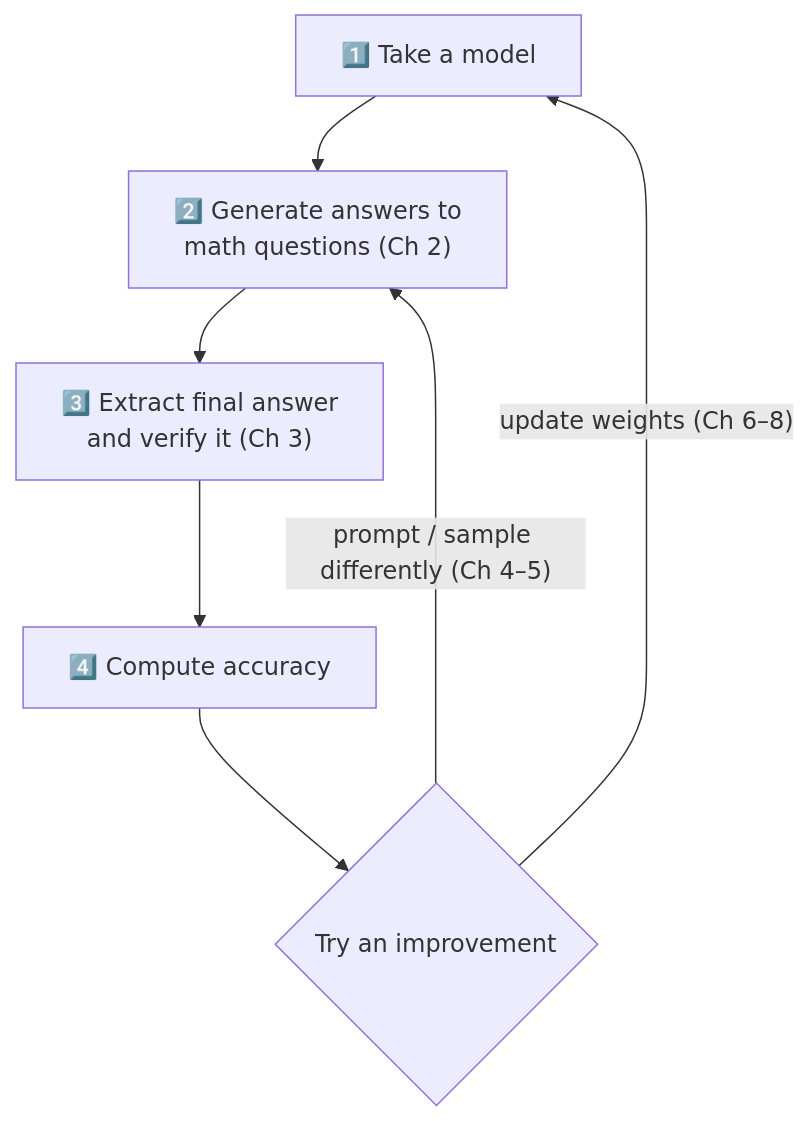
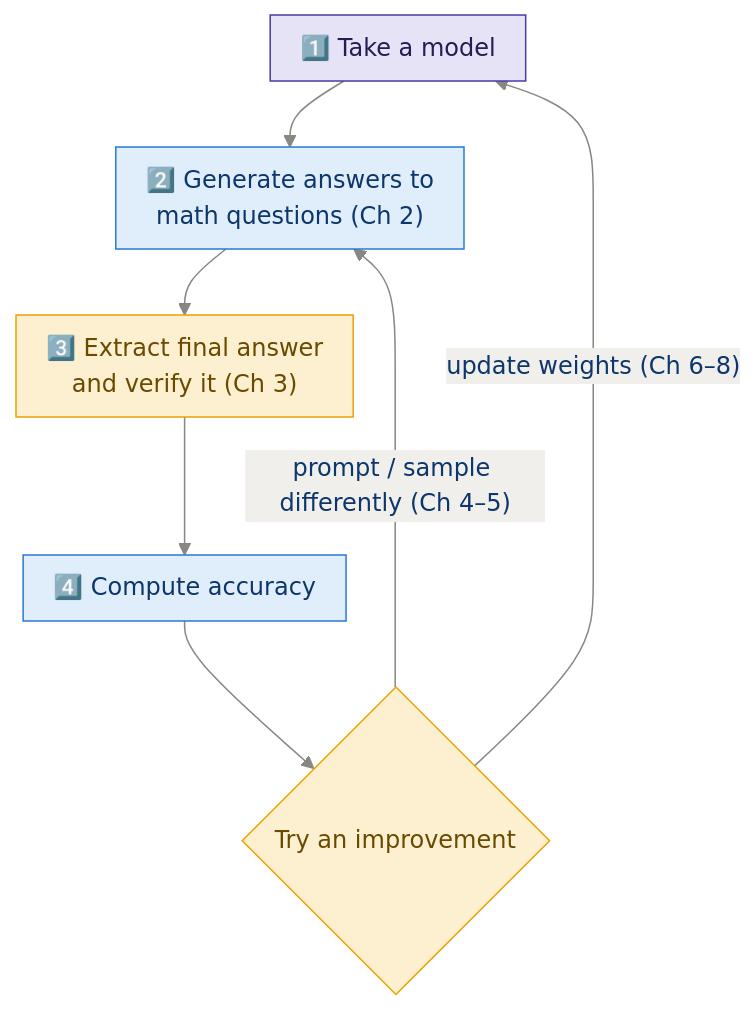
One commit to sudhanshu-shivam-dev/reasoning_model_from_scratch changed the third of 3 diagrams in study_guide/00_big_picture.md. Above: the diagram before and after it, drawn with Mermaid. The commit also changed other lines of this file and 14 other files, not shown here.

First line of the commit message:
Restyle all 54 diagrams: consistent palette, semantic colors, better spacing

````diff
--- a/study_guide/00_big_picture.md
+++ b/study_guide/00_big_picture.md
@@ -86,9 +94,14 @@
 ```mermaid
+%%{init: {"theme":"base","themeVariables":{"primaryColor":"#e0edfb","primaryTextColor":"#0d366b","primaryBorderColor":"#2a78d6","lineColor":"#898781","textColor":"#52514e","edgeLabelBackground":"#f0efec","clusterBkg":"rgba(137,135,129,0.07)","clusterBorder":"#a9a7a0","titleColor":"#898781"},"flowchart":{"nodeSpacing":36,"rankSpacing":44,"curve":"basis","padding":10}}}%%
 flowchart TB
     A["1️⃣ Take a model"] --> B["2️⃣ Generate answers to<br/>math questions (Ch 2)"]
     B --> C["3️⃣ Extract final answer<br/>and verify it (Ch 3)"]
     C --> D["4️⃣ Compute accuracy"]
     D --> E{"Try an improvement"}
     E -->|"prompt / sample differently (Ch 4–5)"| B
     E -->|"update weights (Ch 6–8)"| A
+    classDef model fill:#e6e3f7,stroke:#4a3aa7,color:#251d54
+    classDef dec fill:#fdf0d1,stroke:#eda100,color:#6b4a00
+    class A model
+    class C,E dec
 ```
````
